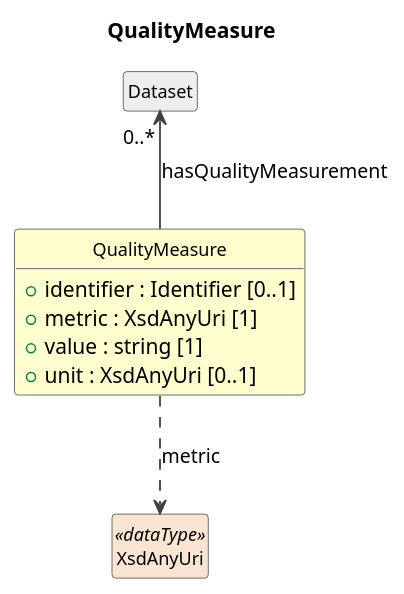
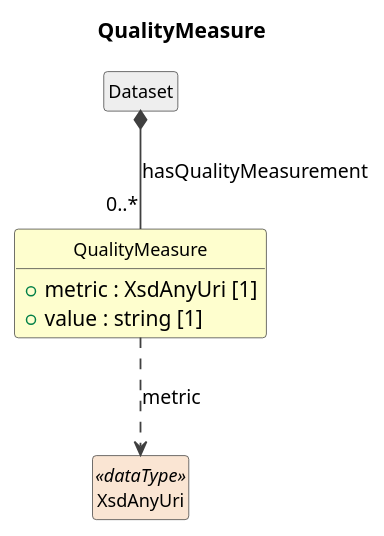
One commit to Cross-Domain-Interoperability-Framework/metadataBuildingBlocks changed the diagram in cdif-uml-model/_plantuml/cdifDiscovery/Classes/QualityMeasure.pu. Above: the diagram before and after it, drawn with PlantUML. The commit also changed 466 other files, not shown here.

First line of the commit message:
cdif-uml-model: regen for cdifDiscovery split (module + composites)

```diff
--- a/cdif-uml-model/_plantuml/cdifDiscovery/Classes/QualityMeasure.pu
+++ b/cdif-uml-model/_plantuml/cdifDiscovery/Classes/QualityMeasure.pu
@@ -1,24 +1,22 @@
 @startuml
 title QualityMeasure
 hide circle
 hide empty members
 skinparam shadowing false
 skinparam ArrowThickness 1.2
 skinparam class {
   ArrowColor #404040
   BorderColor #404040
   FontSize 12
 }
 
 class "QualityMeasure" as QualityMeasure #FEFECE {
-  +identifier : Identifier [0..1]
   +metric : XsdAnyUri [1]
   +value : string [1]
-  +unit : XsdAnyUri [0..1]
 }
 class "Dataset" as Dataset #EEEEEE
-Dataset "0..*" <-- QualityMeasure : hasQualityMeasurement
+Dataset *-- "0..*" QualityMeasure : hasQualityMeasurement
 class "XsdAnyUri" as XsdAnyUri <<dataType>> #FAE5D3
 QualityMeasure ..> XsdAnyUri : metric
 
 @enduml
```
